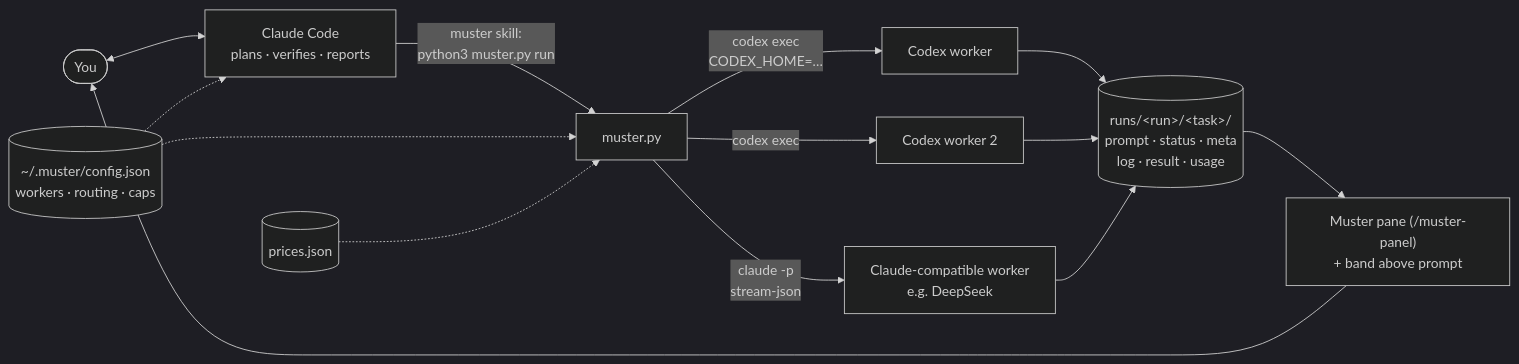
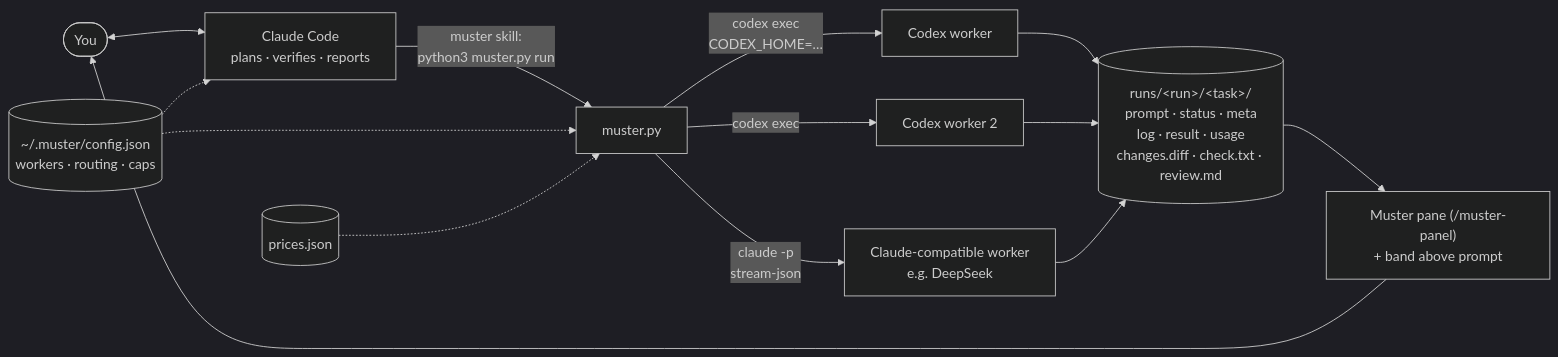
The first of 5 diagrams in docs/how-it-works.md (jandyx/muster), drawn with Mermaid (dark theme) before and after one commit. The commit also changed other lines of this file and 3 other files, not shown here.

First line of the commit message:
Bring the README, diagrams and screenshot up to date

````diff
--- a/docs/how-it-works.md
+++ b/docs/how-it-works.md
@@ -7,14 +7,14 @@
 ```mermaid
 flowchart LR
     you([You]) <--> claude["Claude Code<br/>plans · verifies · reports"]
     claude -- "muster skill:<br/>python3 muster.py run" --> runner[muster.py]
     cfg[(~/.muster/config.json<br/>workers · routing · caps)] -.-> claude
     cfg -.-> runner
     runner -- "codex exec<br/>CODEX_HOME=…" --> cx1[Codex worker]
     runner -- "codex exec" --> cx2[Codex worker 2]
     runner -- "claude -p<br/>stream-json" --> ds[Claude-compatible worker<br/>e.g. DeepSeek]
-    cx1 & cx2 & ds --> runs[("runs/&lt;run&gt;/&lt;task&gt;/<br/>prompt · status · meta<br/>log · result · usage")]
+    cx1 & cx2 & ds --> runs[("runs/&lt;run&gt;/&lt;task&gt;/<br/>prompt · status · meta<br/>log · result · usage<br/>changes.diff · check.txt · review.md")]
     prices[(prices.json)] -.-> runner
     runs --> pane["Muster pane (/muster-panel)<br/>+ band above prompt"]
     pane --> you
 ```
````
